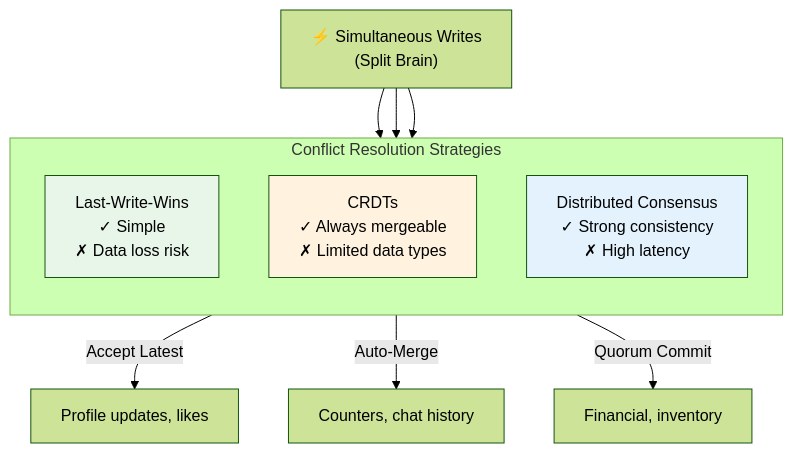
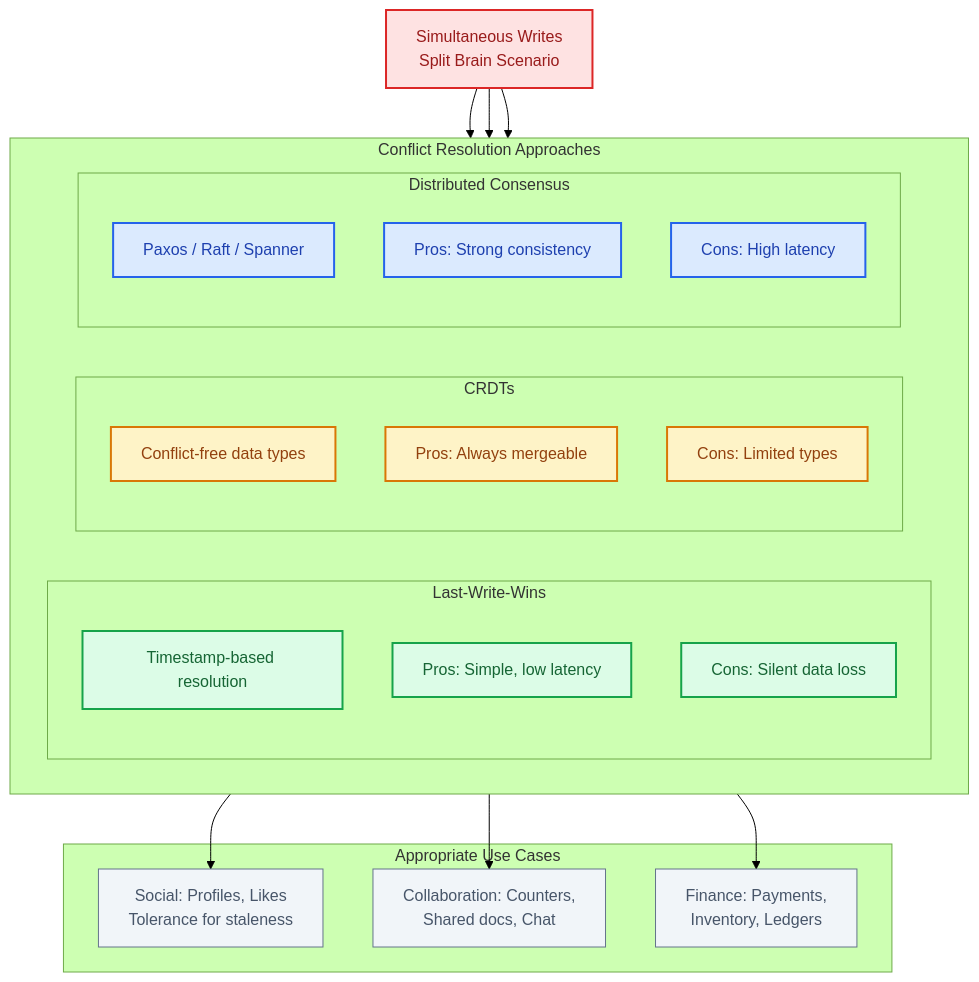
Before and after one commit to udaytamma/Cyrus: the third of 4 diagrams in gemini-responses/multi-region-patterns-20260120-1302.md, drawn with Mermaid (forest theme). The commit also changed other lines of this file and 28 other files, not shown here.

First line of the commit message:
Upgrade Knowledge Base Mermaid diagrams to professional styling

````diff
--- a/gemini-responses/multi-region-patterns-20260120-1302.md
+++ b/gemini-responses/multi-region-patterns-20260120-1302.md
@@ -220,23 +247,49 @@
 ```mermaid
 flowchart TB
-    Conflict["⚡ Simultaneous Writes<br/>(Split Brain)"]
+    Conflict["Simultaneous Writes<br/>Split Brain Scenario"]
 
-    subgraph Strategies["Conflict Resolution Strategies"]
-        direction TB
-        LWW["Last-Write-Wins<br/>✓ Simple<br/>✗ Data loss risk"]
-        CRDT["CRDTs<br/>✓ Always mergeable<br/>✗ Limited data types"]
-        Consensus["Distributed Consensus<br/>✓ Strong consistency<br/>✗ High latency"]
+    subgraph Strategies["Conflict Resolution Approaches"]
+        direction LR
+        subgraph LWW_Box["Last-Write-Wins"]
+            LWW["Timestamp-based resolution"]
+            LWW_PRO["Pros: Simple, low latency"]
+            LWW_CON["Cons: Silent data loss"]
+        end
+        subgraph CRDT_Box["CRDTs"]
+            CRDT["Conflict-free data types"]
+            CRDT_PRO["Pros: Always mergeable"]
+            CRDT_CON["Cons: Limited types"]
+        end
+        subgraph Consensus_Box["Distributed Consensus"]
+            Consensus["Paxos / Raft / Spanner"]
+            CON_PRO["Pros: Strong consistency"]
+            CON_CON["Cons: High latency"]
+        end
     end
 
-    Conflict --> LWW
-    Conflict --> CRDT
-    Conflict --> Consensus
+    subgraph UseCases["Appropriate Use Cases"]
+        R1["Social: Profiles, Likes<br/>Tolerance for staleness"]
+        R2["Collaboration: Counters,<br/>Shared docs, Chat"]
+        R3["Finance: Payments,<br/>Inventory, Ledgers"]
+    end
 
-    LWW -->|"Accept Latest"| R1["Profile updates, likes"]
-    CRDT -->|"Auto-Merge"| R2["Counters, chat history"]
-    Consensus -->|"Quorum Commit"| R3["Financial, inventory"]
+    Conflict --> LWW_Box
+    Conflict --> CRDT_Box
+    Conflict --> Consensus_Box
 
-    style LWW fill:#e8f5e9
-    style CRDT fill:#fff3e0
-    style Consensus fill:#e3f2fd
+    LWW_Box --> R1
+    CRDT_Box --> R2
+    Consensus_Box --> R3
+
+    classDef conflict fill:#fee2e2,stroke:#dc2626,color:#991b1b,stroke-width:2px
+    classDef lww fill:#dcfce7,stroke:#16a34a,color:#166534,stroke-width:2px
+    classDef crdt fill:#fef3c7,stroke:#d97706,color:#92400e,stroke-width:2px
+    classDef consensus fill:#dbeafe,stroke:#2563eb,color:#1e40af,stroke-width:2px
+    classDef usecase fill:#f1f5f9,stroke:#64748b,color:#475569,stroke-width:1px
+
+    class Conflict conflict
+    class LWW,LWW_PRO,LWW_CON lww
+    class CRDT,CRDT_PRO,CRDT_CON crdt
+    class Consensus,CON_PRO,CON_CON consensus
+    class R1,R2,R3 usecase
 ```
````
